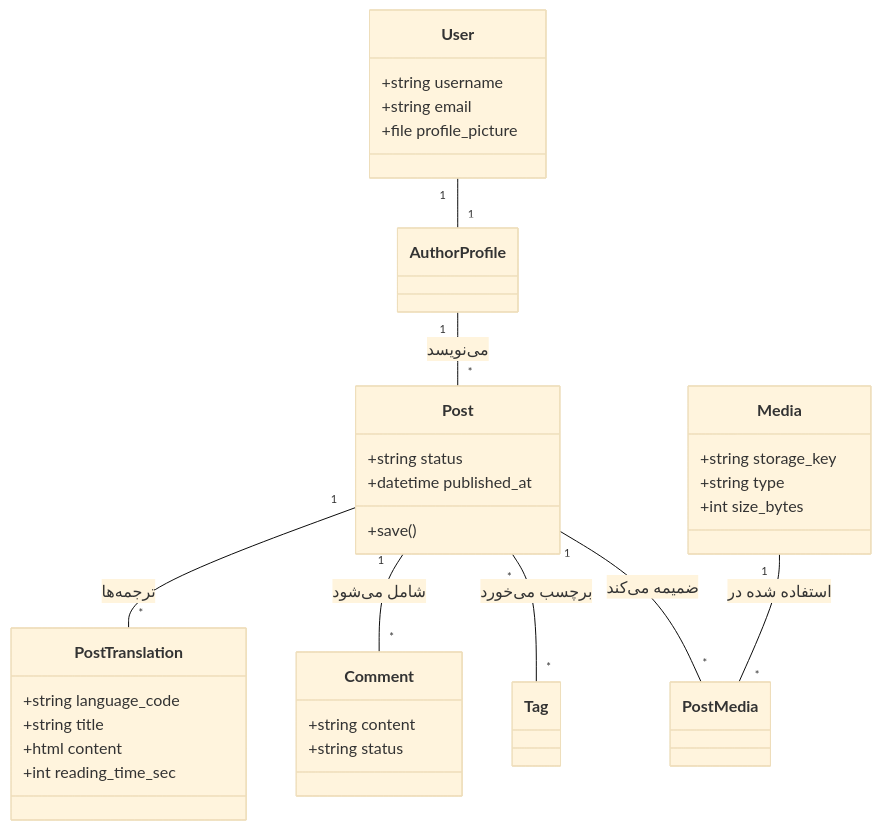
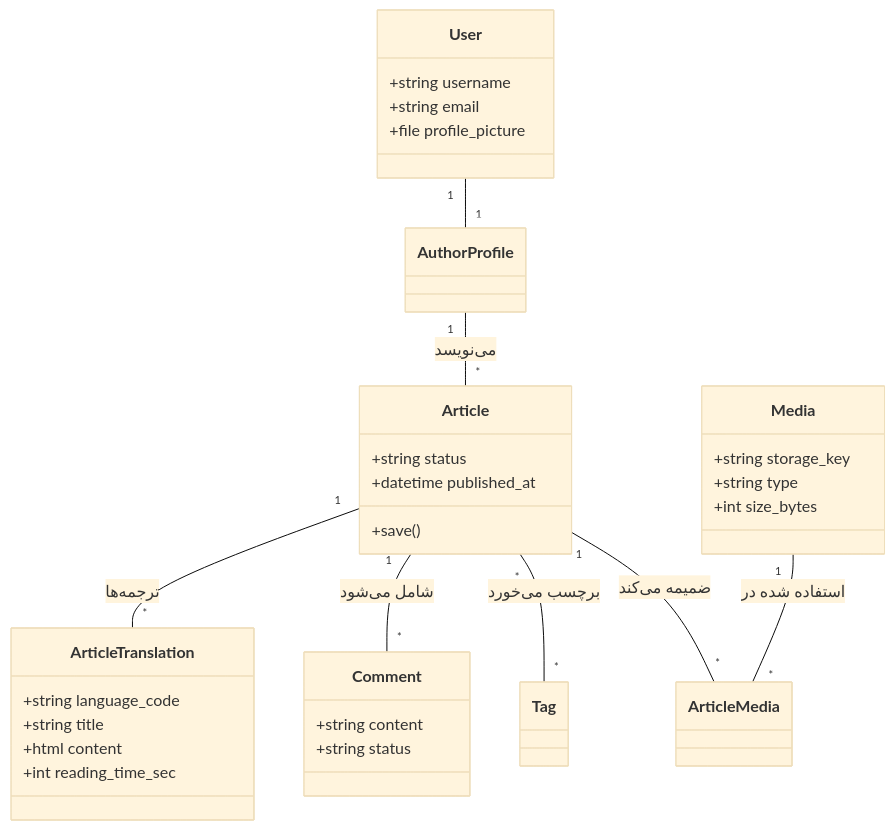
One commit to amirhossein-moloki/Blog changed the second of 4 diagrams in COMPREHENSIVE_ARCHITECTURE_FA.md. Above: the diagram before and after it, drawn with Mermaid (base theme). The commit also changed other lines of this file and 23 other files, not shown here.

````diff
--- a/COMPREHENSIVE_ARCHITECTURE_FA.md
+++ b/COMPREHENSIVE_ARCHITECTURE_FA.md
@@ -458,35 +458,35 @@
 ```mermaid
 classDiagram
     class User {
         +string username
         +string email
         +file profile_picture
     }
-    class Post {
+    class Article {
         +string status
         +datetime published_at
         +save()
     }
-    class PostTranslation {
+    class ArticleTranslation {
         +string language_code
         +string title
         +html content
         +int reading_time_sec
     }
     class Media {
         +string storage_key
         +string type
         +int size_bytes
     }
     class Comment {
         +string content
         +string status
     }
     User "1" -- "1" AuthorProfile
-    AuthorProfile "1" -- "*" Post : می‌نویسد
-    Post "1" -- "*" PostTranslation : ترجمه‌ها
-    Post "1" -- "*" Comment : شامل می‌شود
-    Post "*" -- "*" Tag : برچسب می‌خورد
-    Post "1" -- "*" PostMedia : ضمیمه می‌کند
-    Media "1" -- "*" PostMedia : استفاده شده در
+    AuthorProfile "1" -- "*" Article : می‌نویسد
+    Article "1" -- "*" ArticleTranslation : ترجمه‌ها
+    Article "1" -- "*" Comment : شامل می‌شود
+    Article "*" -- "*" Tag : برچسب می‌خورد
+    Article "1" -- "*" ArticleMedia : ضمیمه می‌کند
+    Media "1" -- "*" ArticleMedia : استفاده شده در
 ```
````
